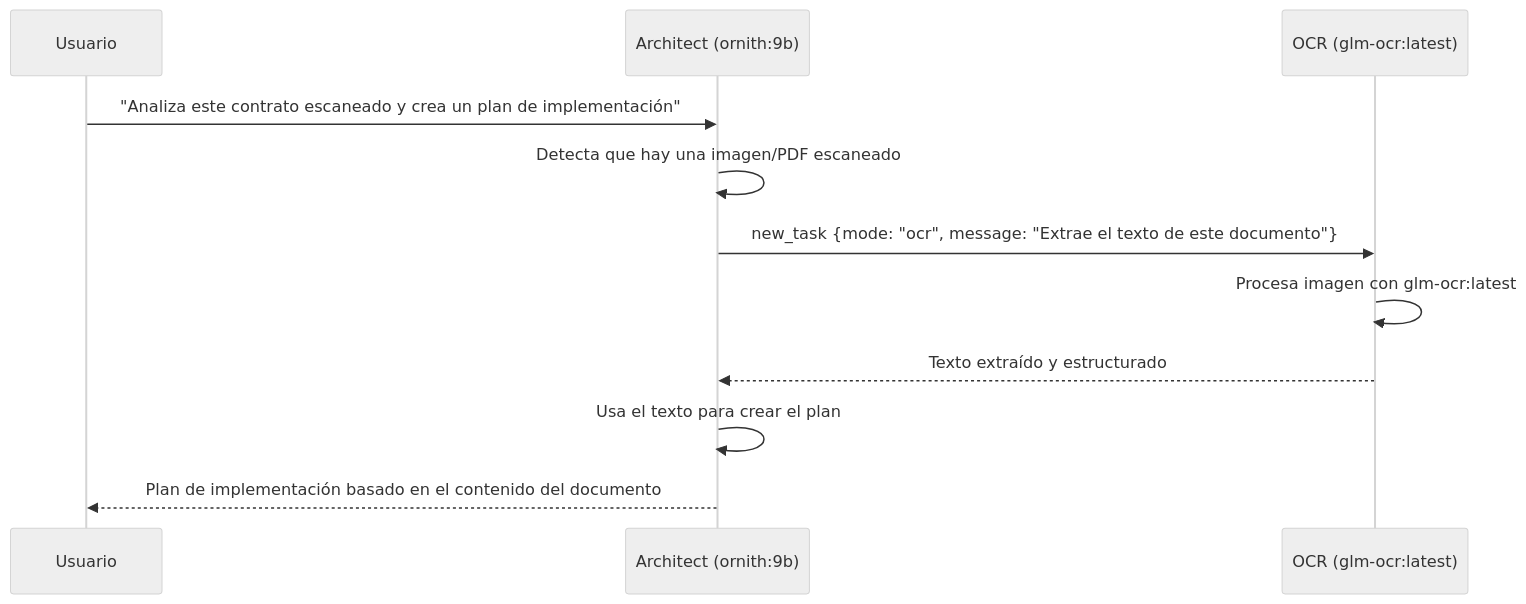
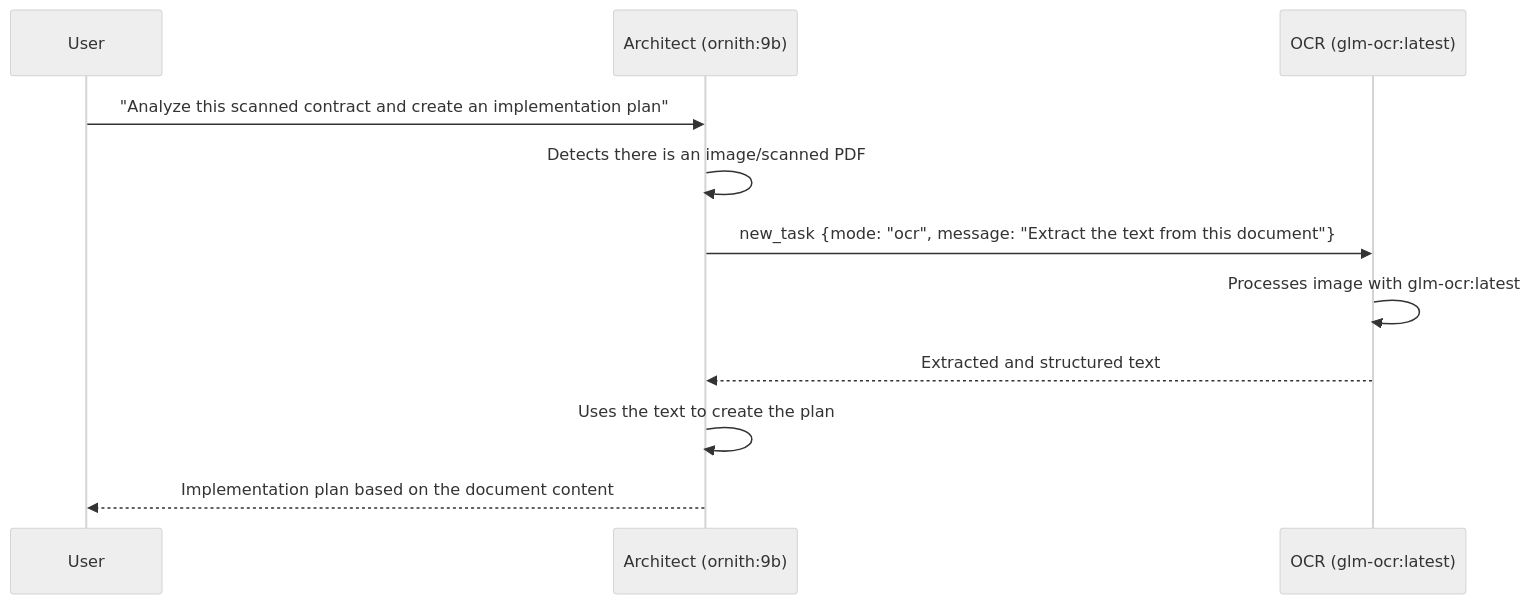
The first of 3 diagrams in dev/docs/02-features.md (Danelaton/trinit), drawn with Mermaid (neutral theme) before and after one commit. The commit also changed other lines of this file and 8 other files, not shown here.

````diff
--- a/dev/docs/02-features.md
+++ b/dev/docs/02-features.md
@@ -99,14 +99,14 @@
 ```mermaid
 sequenceDiagram
-    participant U as Usuario
+    participant U as User
     participant A as Architect (ornith:9b)
     participant O as OCR (glm-ocr:latest)
 
-    U->>A: "Analiza este contrato escaneado y crea un plan de implementación"
-    A->>A: Detecta que hay una imagen/PDF escaneado
-    A->>O: new_task {mode: "ocr", message: "Extrae el texto de este documento"}
-    O->>O: Procesa imagen con glm-ocr:latest
-    O-->>A: Texto extraído y estructurado
-    A->>A: Usa el texto para crear el plan
-    A-->>U: Plan de implementación basado en el contenido del documento
+    U->>A: "Analyze this scanned contract and create an implementation plan"
+    A->>A: Detects there is an image/scanned PDF
+    A->>O: new_task {mode: "ocr", message: "Extract the text from this document"}
+    O->>O: Processes image with glm-ocr:latest
+    O-->>A: Extracted and structured text
+    A->>A: Uses the text to create the plan
+    A-->>U: Implementation plan based on the document content
 ```
````
